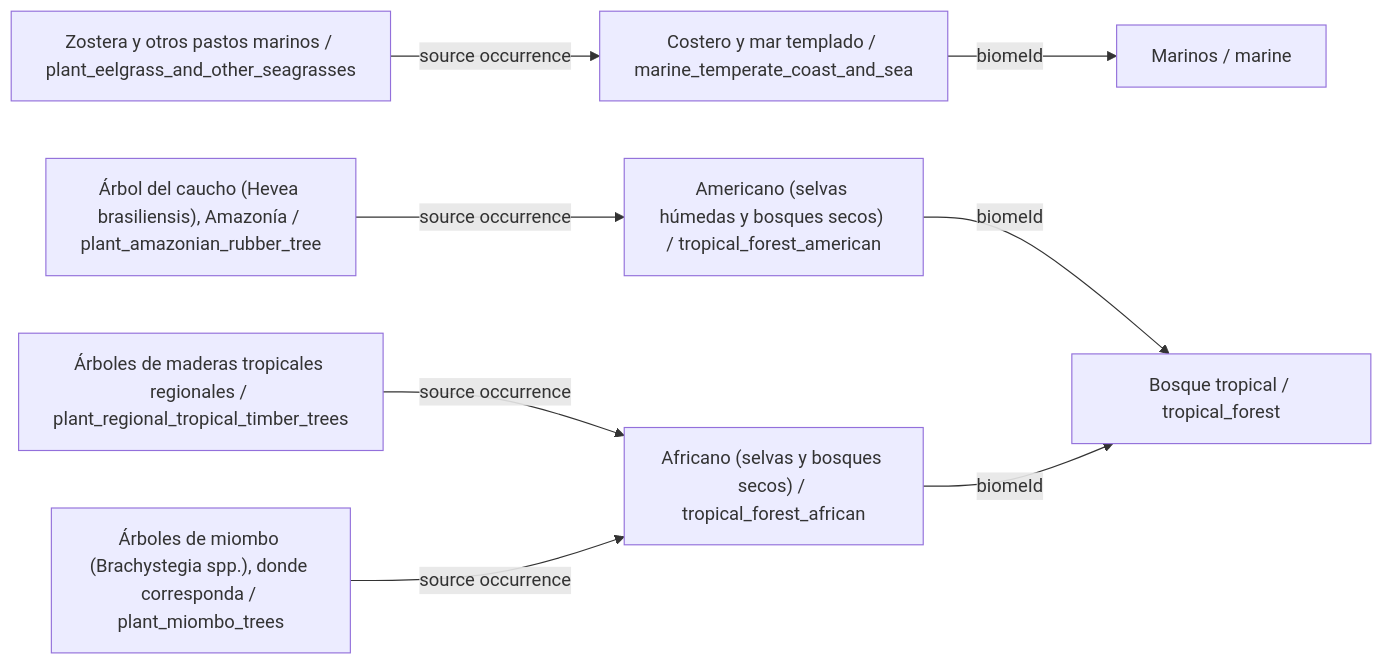
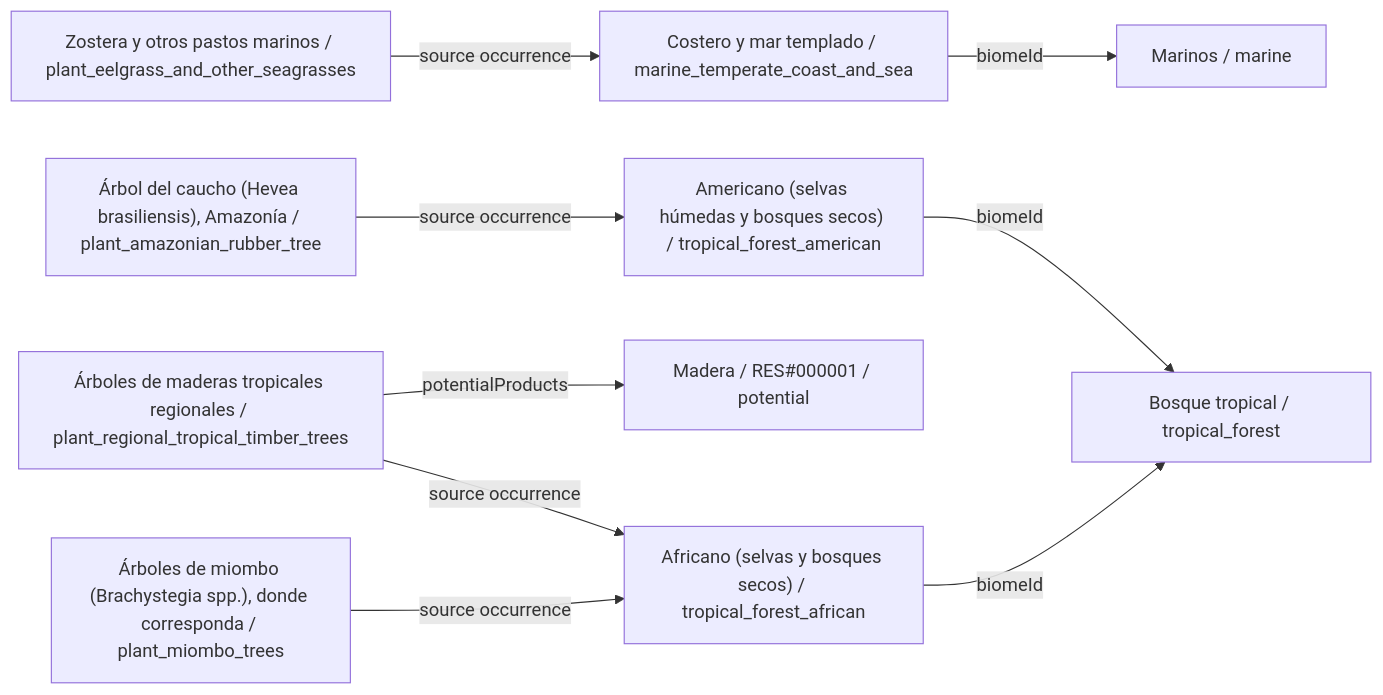
Diagram 32 of 39 in data/plants/DIAGRAMS.es.md (fgabo404/EvolveDoc), drawn with Mermaid before and after one commit. The commit also changed other lines of this file and 50 other files, not shown here.

````diff
--- a/data/plants/DIAGRAMS.es.md
+++ b/data/plants/DIAGRAMS.es.md
@@ -916,19 +954,21 @@
 ```mermaid
 flowchart LR
     c0["Zostera y otros pastos marinos / plant_eelgrass_and_other_seagrasses"]
     v20["Costero y mar templado / marine_temperate_coast_and_sea"]
     b5["Marinos / marine"]
     c1["Árbol del caucho (Hevea brasiliensis), Amazonía / plant_amazonian_rubber_tree"]
     v0["Americano (selvas húmedas y bosques secos) / tropical_forest_american"]
     b0["Bosque tropical / tropical_forest"]
     c2["Árboles de maderas tropicales regionales / plant_regional_tropical_timber_trees"]
     v1["Africano (selvas y bosques secos) / tropical_forest_african"]
+    o2_0["Madera / RES#000001 / potential"]
     c3["Árboles de miombo (Brachystegia spp.), donde corresponda / plant_miombo_trees"]
     c0 -->|source occurrence| v20
     c1 -->|source occurrence| v0
+    c2 -->|potentialProducts| o2_0
     c2 -->|source occurrence| v1
     c3 -->|source occurrence| v1
     v0 -->|biomeId| b0
     v1 -->|biomeId| b0
     v20 -->|biomeId| b5
 ```
````
